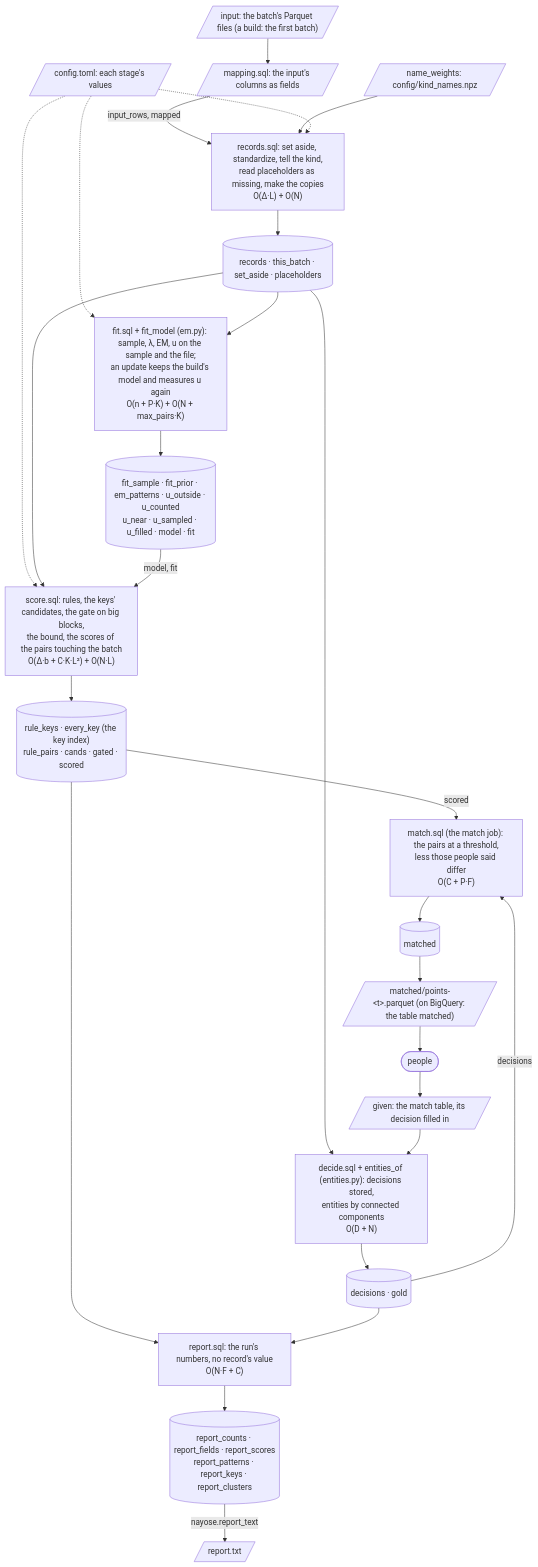
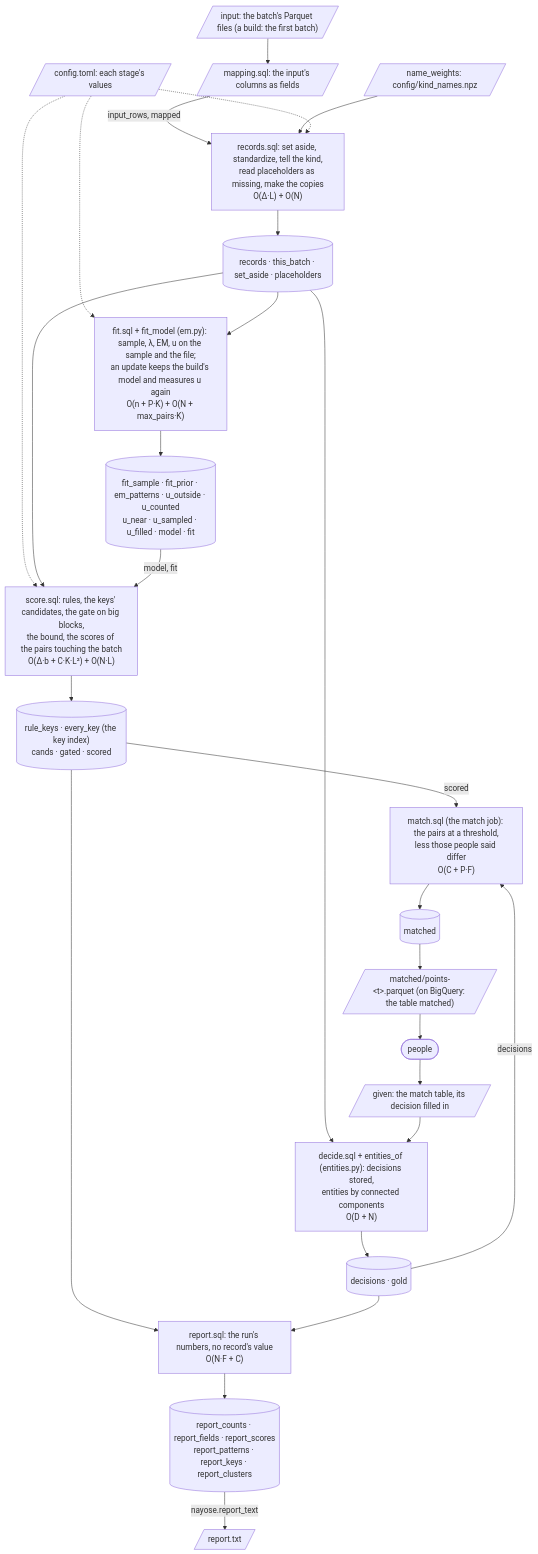
One commit to mvsbm/entity_matching changed the third of 3 diagrams in docs/architecture.md. Above: the diagram before and after it, drawn with Mermaid. The commit also changed other lines of this file and 8 other files, not shown here.

````diff
--- a/docs/architecture.md
+++ b/docs/architecture.md
@@ -110,48 +110,48 @@
 ```mermaid
 flowchart TB
   input[/"input: the batch's Parquet files (a build: the first batch)"/]
   mapping[/"mapping.sql: the input's columns as fields"/]
   values[/"config.toml: each stage's values"/]
   names[/"name_weights: config/kind_names.npz"/]
   records["records.sql: set aside, standardize, tell the kind,<br/>read placeholders as missing, make the copies<br/>O(Δ·L) + O(N)"]
   fit["fit.sql + fit_model (em.py): sample, λ, EM, u on the sample and the file;<br/>an update keeps the build's model and measures u again<br/>O(n + P·K) + O(N + max_pairs·K)"]
   score["score.sql: rules, the keys' candidates, the gate on big blocks,<br/>the bound, the scores of the pairs touching the batch<br/>O(Δ·b + C·K·L²) + O(N·L)"]
   decide["decide.sql + entities_of (entities.py): decisions stored,<br/>entities by connected components<br/>O(D + N)"]
   report["report.sql: the run's numbers, no record's value<br/>O(N·F + C)"]
   match["match.sql (the match job): the pairs at a threshold,<br/>less those people said differ<br/>O(C + P·F)"]
   t_records[("records · this_batch · set_aside · placeholders")]
   t_fit[("fit_sample · fit_prior · em_patterns · u_outside · u_counted<br/>u_near · u_sampled · u_filled · model · fit")]
-  t_score[("rule_keys · every_key (the key index)<br/>rule_pairs · cands · gated · scored")]
+  t_score[("rule_keys · every_key (the key index)<br/>cands · gated · scored")]
   t_decide[("decisions · gold")]
   t_report[("report_counts · report_fields · report_scores<br/>report_patterns · report_keys · report_clusters")]
   t_matched[("matched")]
   f_report[/"report.txt"/]
   f_matched[/"matched/points-#lt;t#gt;.parquet (on BigQuery: the table matched)"/]
   people(["people"])
   given[/"given: the match table, its decision filled in"/]
   input --> mapping
   mapping -->|"input_rows, mapped"| records
   names --> records
   values -.-> records
   values -.-> fit
   values -.-> score
   records --> t_records
   t_records --> fit
   fit --> t_fit
   t_records --> score
   t_fit -->|"model, fit"| score
   score --> t_score
   t_score --> report
   t_records --> decide
   decide --> t_decide
   t_decide --> report
   report --> t_report
   t_report -->|"nayose.report_text"| f_report
   t_score -->|"scored"| match
   t_decide -->|"decisions"| match
   match --> t_matched
   t_matched --> f_matched
   f_matched --> people
   people --> given
   given --> decide
 ```
````
